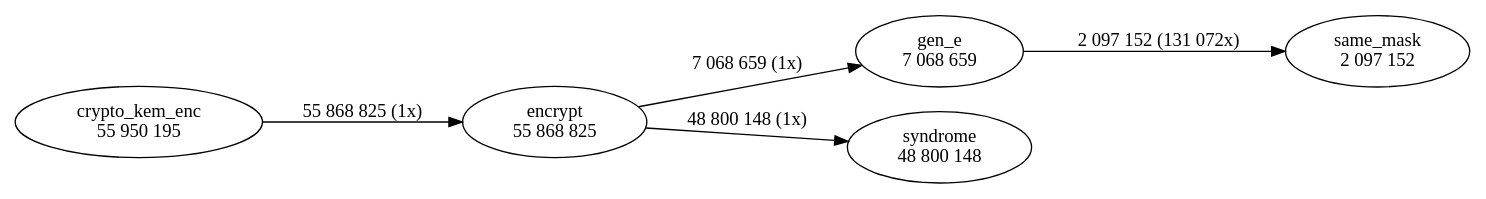
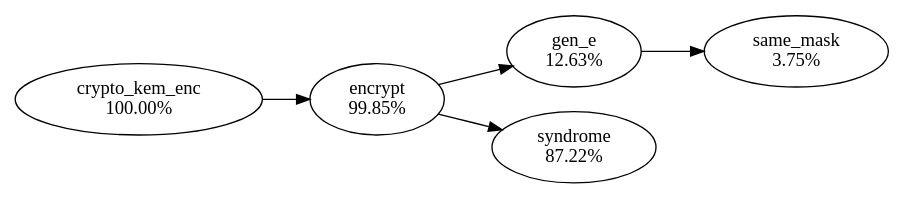
Before and after one commit to profiling-pqc-kem-thesis/data: the diagram in classic-mceliece/hot-paths/8192128f/crypto_kem_enc.dot, drawn with Graphviz. The commit also changed 12 other files, not shown here.

```diff
--- a/classic-mceliece/hot-paths/8192128f/crypto_kem_enc.dot
+++ b/classic-mceliece/hot-paths/8192128f/crypto_kem_enc.dot
@@ -1,12 +1,12 @@
 digraph "callgraph" {
   rankdir=LR;
-  F5562537009a0 [label="gen_e\n7 068 659"];
-  F556253705020 [label="syndrome\n48 800 148"];
-  F556253727530 [label="encrypt\n55 868 825"];
-  F5562537c8f60 [label="crypto_kem_enc\n55 950 195"];
-  F556253854a50 [label="same_mask\n2 097 152"];
-  F5562537009a0 -> F556253854a50 [weight=2,label="2 097 152 (131 072x)"];
-  F556253727530 -> F5562537009a0 [weight=2,label="7 068 659 (1x)"];
-  F556253727530 -> F556253705020 [weight=2,label="48 800 148 (1x)"];
-  F5562537c8f60 -> F556253727530 [weight=2,label="55 868 825 (1x)"];
+  F5562537009a0 [label="gen_e\n12.63%"];
+  F556253705020 [label="syndrome\n87.22%"];
+  F556253727530 [label="encrypt\n99.85%"];
+  F5562537c8f60 [label="crypto_kem_enc\n100.00%"];
+  F556253854a50 [label="same_mask\n3.75%"];
+  F5562537009a0 -> F556253854a50
+  F556253727530 -> F5562537009a0
+  F556253727530 -> F556253705020
+  F5562537c8f60 -> F556253727530
 }
```
